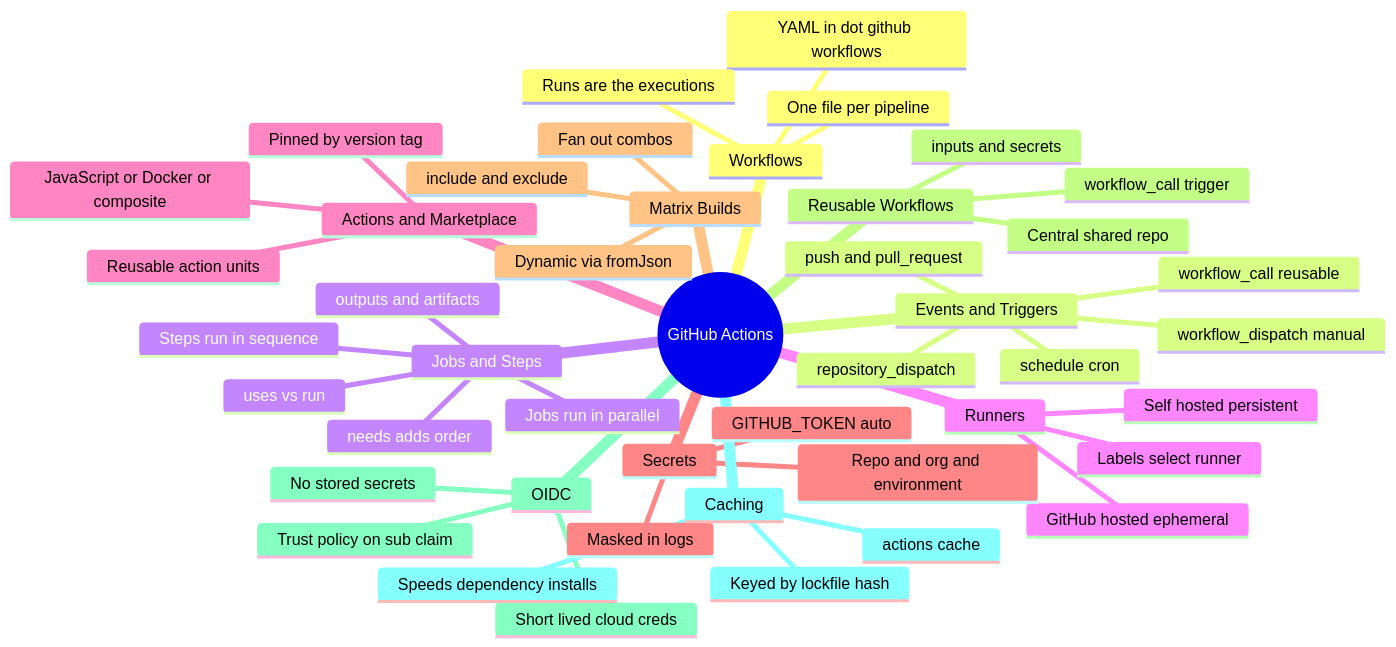
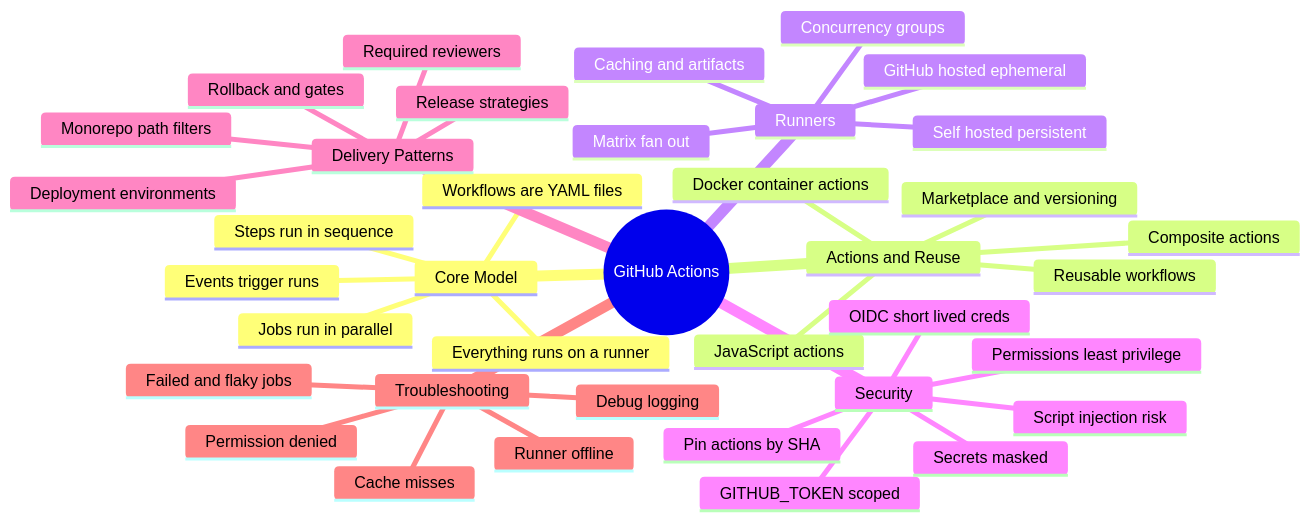
The first of 2 diagrams in github-actions/README.md (rakesh-budde/devops-guide), drawn with Mermaid before and after one commit. The commit also changed other lines of this file and 127 other files, not shown here.

````diff
--- a/github-actions/README.md
+++ b/github-actions/README.md
@@ -24,48 +37,41 @@
 ```mermaid
 mindmap
   root((GitHub Actions))
-    Workflows
-      YAML in dot github workflows
-      One file per pipeline
-      Runs are the executions
-    Events and Triggers
-      push and pull_request
-      schedule cron
-      workflow_dispatch manual
-      workflow_call reusable
-      repository_dispatch
-    Jobs and Steps
+    Core Model
+      Workflows are YAML files
+      Events trigger runs
       Jobs run in parallel
-      needs adds order
       Steps run in sequence
-      uses vs run
-      outputs and artifacts
+      Everything runs on a runner
+    Actions and Reuse
+      JavaScript actions
+      Docker container actions
+      Composite actions
+      Reusable workflows
+      Marketplace and versioning
     Runners
       GitHub hosted ephemeral
       Self hosted persistent
-      Labels select runner
-    Actions and Marketplace
-      Reusable action units
-      Pinned by version tag
-      JavaScript or Docker or composite
-    Secrets
-      Repo and org and environment
-      GITHUB_TOKEN auto
-      Masked in logs
-    Matrix Builds
-      Fan out combos
-      include and exclude
-      Dynamic via fromJson
-    Reusable Workflows
-      workflow_call trigger
-      inputs and secrets
-      Central shared repo
-    OIDC
-      Short lived cloud creds
-      No stored secrets
-      Trust policy on sub claim
-    Caching
-      actions cache
-      Speeds dependency installs
-      Keyed by lockfile hash
+      Matrix fan out
+      Concurrency groups
+      Caching and artifacts
+    Security
+      GITHUB_TOKEN scoped
+      Permissions least privilege
+      OIDC short lived creds
+      Secrets masked
+      Pin actions by SHA
+      Script injection risk
+    Delivery Patterns
+      Deployment environments
+      Required reviewers
+      Monorepo path filters
+      Release strategies
+      Rollback and gates
+    Troubleshooting
+      Failed and flaky jobs
+      Runner offline
+      Cache misses
+      Permission denied
+      Debug logging
 ```
````
